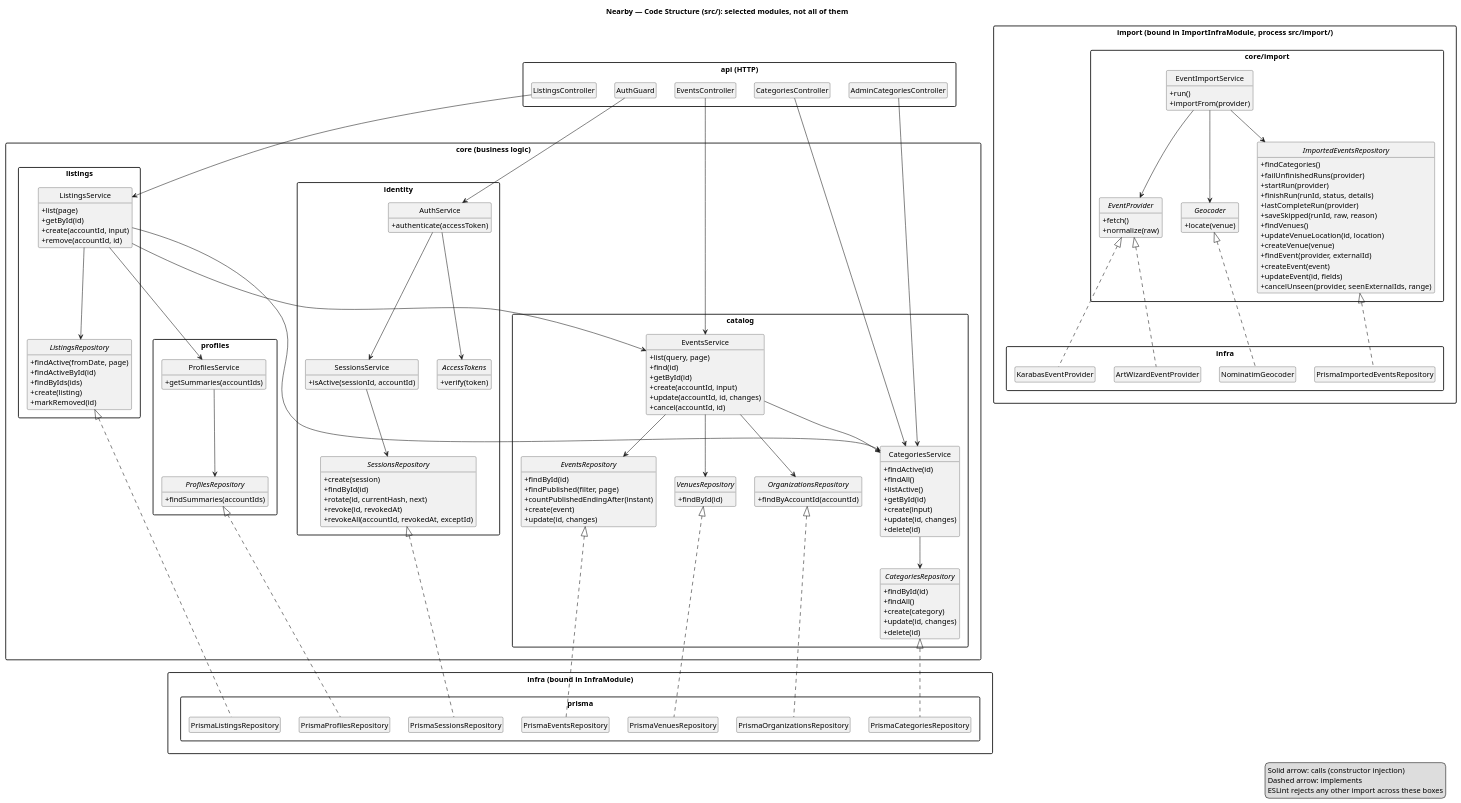
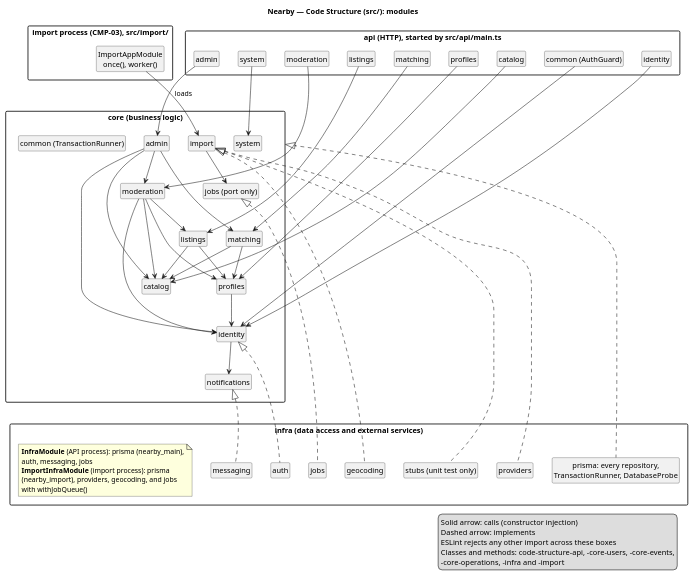
One commit to ukma-fin-ssdm-2026/pun-intended-team changed the diagram in docs/architecture/uml/code-structure.puml. Above: the diagram before and after it, drawn with PlantUML. The commit also changed 1 other file, not shown here.

Commit message:
(#420) Show every module on the code structure overview

```diff
--- a/docs/architecture/uml/code-structure.puml
+++ b/docs/architecture/uml/code-structure.puml
@@ -3,7 +3,7 @@
   AI Usage Note
   Drafted with Claude from the code in src/.
 '/
-title Nearby — Code Structure (src/): selected modules, not all of them
+title Nearby — Code Structure (src/): modules
 
 skinparam shadowing false
 skinparam packageStyle rectangle
@@ -11,195 +11,103 @@
 hide empty members
 hide circle
 
-package "api (HTTP)" as API {
-  class AuthGuard
-  class EventsController
-  class CategoriesController
-  class AdminCategoriesController
-  class ListingsController
+package "api (HTTP), started by src/api/main.ts" as API {
+  class "common (AuthGuard)" as A_COMMON
+  class "identity" as A_ID
+  class "profiles" as A_PR
+  class "catalog" as A_CA
+  class "listings" as A_LI
+  class "matching" as A_MA
+  class "moderation" as A_MO
+  class "admin" as A_AD
+  class "system" as A_SY
 }
 
 package "core (business logic)" as CORE {
-  package identity {
-    class AuthService {
-      +authenticate(accessToken)
-    }
-    class SessionsService {
-      +isActive(sessionId, accountId)
-    }
-    abstract class AccessTokens {
-      +verify(token)
-    }
-    abstract class SessionsRepository {
-      +create(session)
-      +findById(id)
-      +rotate(id, currentHash, next)
-      +revoke(id, revokedAt)
-      +revokeAll(accountId, revokedAt, exceptId)
-    }
-  }
-
-  package listings {
-    class ListingsService {
-      +list(page)
-      +getById(id)
-      +create(accountId, input)
-      +remove(accountId, id)
-    }
-    abstract class ListingsRepository {
-      +findActive(fromDate, page)
-      +findActiveById(id)
-      +findByIds(ids)
-      +create(listing)
-      +markRemoved(id)
-    }
-  }
-
-  package catalog {
-    class EventsService {
-      +list(query, page)
-      +find(id)
-      +getById(id)
-      +create(accountId, input)
-      +update(accountId, id, changes)
-      +cancel(accountId, id)
-    }
-    class CategoriesService {
-      +findActive(id)
-      +findAll()
-      +listActive()
-      +getById(id)
-      +create(input)
-      +update(id, changes)
-      +delete(id)
-    }
-    abstract class EventsRepository {
-      +findById(id)
-      +findPublished(filter, page)
-      +countPublishedEndingAfter(instant)
-      +create(event)
-      +update(id, changes)
-    }
-    abstract class CategoriesRepository {
-      +findById(id)
-      +findAll()
-      +create(category)
-      +update(id, changes)
-      +delete(id)
-    }
-    abstract class VenuesRepository {
-      +findById(id)
-    }
-    abstract class OrganizationsRepository {
-      +findByAccountId(accountId)
-    }
-  }
-
-  package profiles {
-    class ProfilesService {
-      +getSummaries(accountIds)
-    }
-    abstract class ProfilesRepository {
-      +findSummaries(accountIds)
-    }
-  }
+  class "admin" as C_AD
+  class "moderation" as C_MO
+  class "matching" as C_MA
+  class "listings" as C_LI
+  class "profiles" as C_PR
+  class "catalog" as C_CA
+  class "identity" as C_ID
+  class "notifications" as C_NO
+  class "system" as C_SY
+  class "import" as C_IM
+  class "jobs (port only)" as C_JO
+  class "common (TransactionRunner)" as C_COMMON
 }
 
-package "infra (bound in InfraModule)" as INFRA {
-  package "prisma" {
-    class PrismaSessionsRepository
-    class PrismaCategoriesRepository
-    class PrismaProfilesRepository
-    class PrismaListingsRepository
-    class PrismaEventsRepository
-    class PrismaVenuesRepository
-    class PrismaOrganizationsRepository
-  }
+package "infra (data access and external services)" as INFRA {
+  class "prisma: every repository,\nTransactionRunner, DatabaseProbe" as I_PRISMA
+  class "auth" as I_AUTH
+  class "messaging" as I_MSG
+  class "jobs" as I_JOBS
+  class "providers" as I_PROV
+  class "geocoding" as I_GEO
+  class "stubs (unit test only)" as I_STUBS
+  note as BINDINGS
+    **InfraModule** (API process): prisma (nearby_main),
+    auth, messaging, jobs
+    **ImportInfraModule** (import process): prisma
+    (nearby_import), providers, geocoding, and jobs
+    with withJobQueue()
+  end note
 }
 
-package "import (bound in ImportInfraModule, process src/import/)" as IMPORT {
-  package "core/import" {
-    class EventImportService {
-      +run()
-      +importFrom(provider)
-    }
-    abstract class EventProvider {
-      +fetch()
-      +normalize(raw)
-    }
-    abstract class Geocoder {
-      +locate(venue)
-    }
-    abstract class ImportedEventsRepository {
-      +findCategories()
-      +failUnfinishedRuns(provider)
-      +startRun(provider)
-      +finishRun(runId, status, details)
-      +lastCompleteRun(provider)
-      +saveSkipped(runId, raw, reason)
-      +findVenues()
-      +updateVenueLocation(id, location)
-      +createVenue(venue)
-      +findEvent(provider, externalId)
-      +createEvent(event)
-      +updateEvent(id, fields)
-      +cancelUnseen(provider, seenExternalIds, range)
-    }
-  }
-  package "infra" as IMPORT_INFRA {
-    class ArtWizardEventProvider
-    class KarabasEventProvider
-    class NominatimGeocoder
-    class PrismaImportedEventsRepository
-  }
+package "import process (CMP-03), src/import/" as PROC {
+  class "ImportAppModule\nonce(), worker()" as IMPORT_APP
 }
 
-' api calls core services
-AuthGuard --> AuthService
-EventsController --> EventsService
-CategoriesController --> CategoriesService
-AdminCategoriesController --> CategoriesService
-ListingsController --> ListingsService
+' api modules call their core module
+A_COMMON --> C_ID
+A_ID --> C_ID
+A_PR --> C_PR
+A_CA --> C_CA
+A_LI --> C_LI
+A_MA --> C_MA
+A_MO --> C_MO
+A_AD --> C_AD
+A_SY --> C_SY
 
-' other modules call the same exported services
-ListingsService --> EventsService
-ListingsService --> CategoriesService
-ListingsService --> ProfilesService
+' the import process loads only the import module
+IMPORT_APP --> C_IM : loads
 
-' services reach storage through repositories
-AuthService --> AccessTokens
-AuthService --> SessionsService
-SessionsService --> SessionsRepository
-ListingsService --> ListingsRepository
-EventsService --> CategoriesService
-EventsService --> EventsRepository
-EventsService --> VenuesRepository
-EventsService --> OrganizationsRepository
-CategoriesService --> CategoriesRepository
-ProfilesService --> ProfilesRepository
+' core modules call each other's exported services
+C_AD --> C_MO
+C_AD --> C_MA
+C_AD --> C_CA
+C_AD --> C_ID
+C_MO --> C_LI
+C_MO --> C_PR
+C_MO --> C_CA
+C_MO --> C_ID
+C_MA --> C_CA
+C_MA --> C_PR
+C_LI --> C_CA
+C_LI --> C_PR
+C_PR --> C_ID
+C_ID --> C_NO
+C_IM --> C_JO
 
-' infra implements core repositories
-SessionsRepository <|.. PrismaSessionsRepository
-ListingsRepository <|.. PrismaListingsRepository
-EventsRepository <|.. PrismaEventsRepository
-CategoriesRepository <|.. PrismaCategoriesRepository
-VenuesRepository <|.. PrismaVenuesRepository
-OrganizationsRepository <|.. PrismaOrganizationsRepository
-ProfilesRepository <|.. PrismaProfilesRepository
+' keep infra under core
+C_NO -[hidden]-> I_MSG
 
-' the import runs as its own process, with its own infra bindings
-EventImportService --> EventProvider
-EventImportService --> Geocoder
-EventImportService --> ImportedEventsRepository
-EventProvider <|.. ArtWizardEventProvider
-EventProvider <|.. KarabasEventProvider
-Geocoder <|.. NominatimGeocoder
-ImportedEventsRepository <|.. PrismaImportedEventsRepository
+' infra implements the ports of core
+CORE <|.. I_PRISMA
+C_ID <|.. I_AUTH
+C_NO <|.. I_MSG
+C_JO <|.. I_JOBS
+C_IM <|.. I_PROV
+C_IM <|.. I_GEO
+C_IM <|.. I_STUBS
 
 legend right
   Solid arrow: calls (constructor injection)
   Dashed arrow: implements
   ESLint rejects any other import across these boxes
+  Classes and methods: code-structure-api, -core-users, -core-events,
+  -core-operations, -infra and -import
 endlegend
 
 @enduml
```
